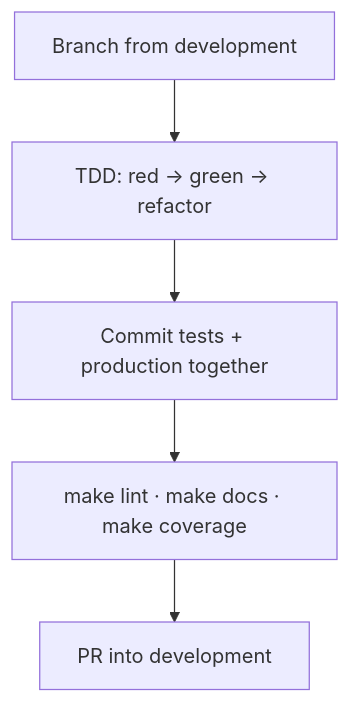
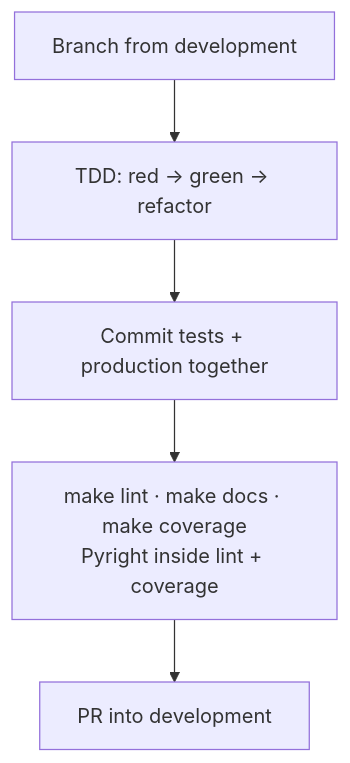
Before and after one commit to toxicoder/ez-comfy-stack: the first of 2 diagrams in CONTRIBUTING.md, drawn with Mermaid. The commit also changed other lines of this file and 25 other files, not shown here.

First line of the commit message:
test: add Pyright (Pylance) to the local test and lint gate

````diff
--- a/CONTRIBUTING.md
+++ b/CONTRIBUTING.md
@@ -24,7 +26,7 @@
 ```mermaid
 flowchart TB
   A["Branch from development"] --> B["TDD: red → green → refactor"]
   B --> C["Commit tests + production together"]
-  C --> D["make lint · make docs · make coverage"]
+  C --> D["make lint · make docs · make coverage<br/>Pyright inside lint + coverage"]
   D --> E["PR into development"]
 ```
````
